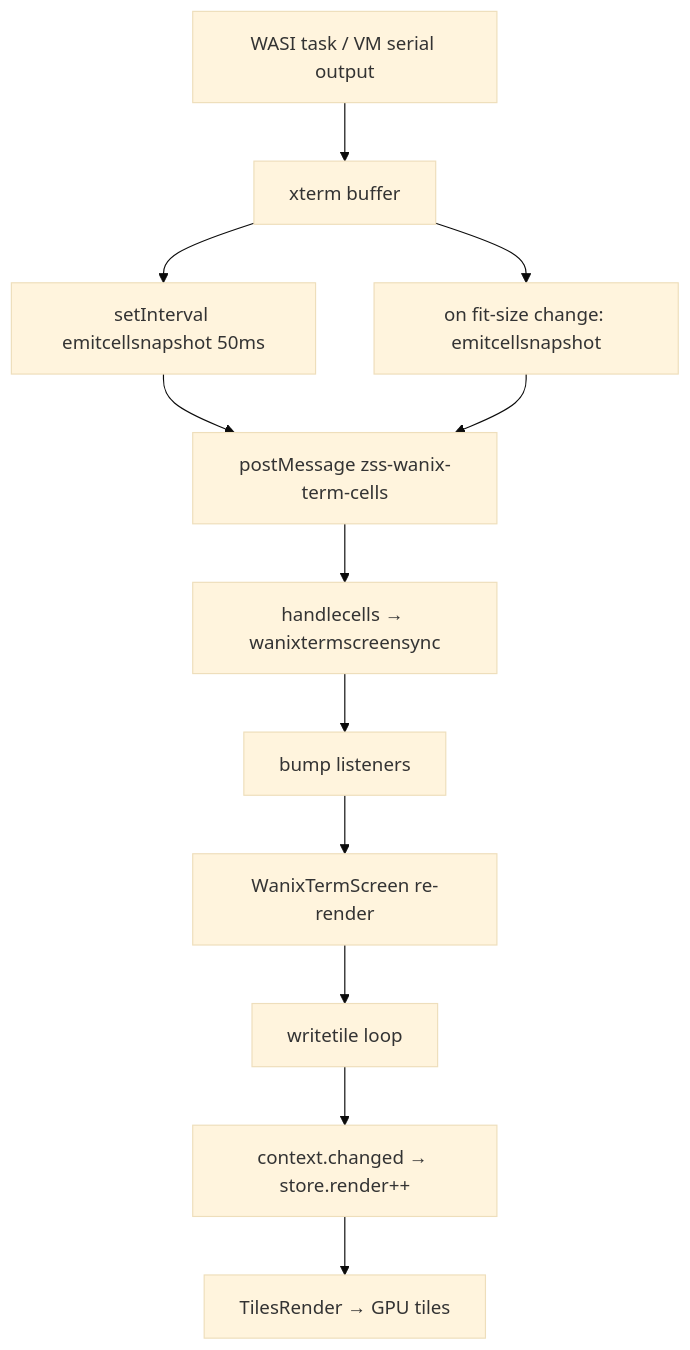
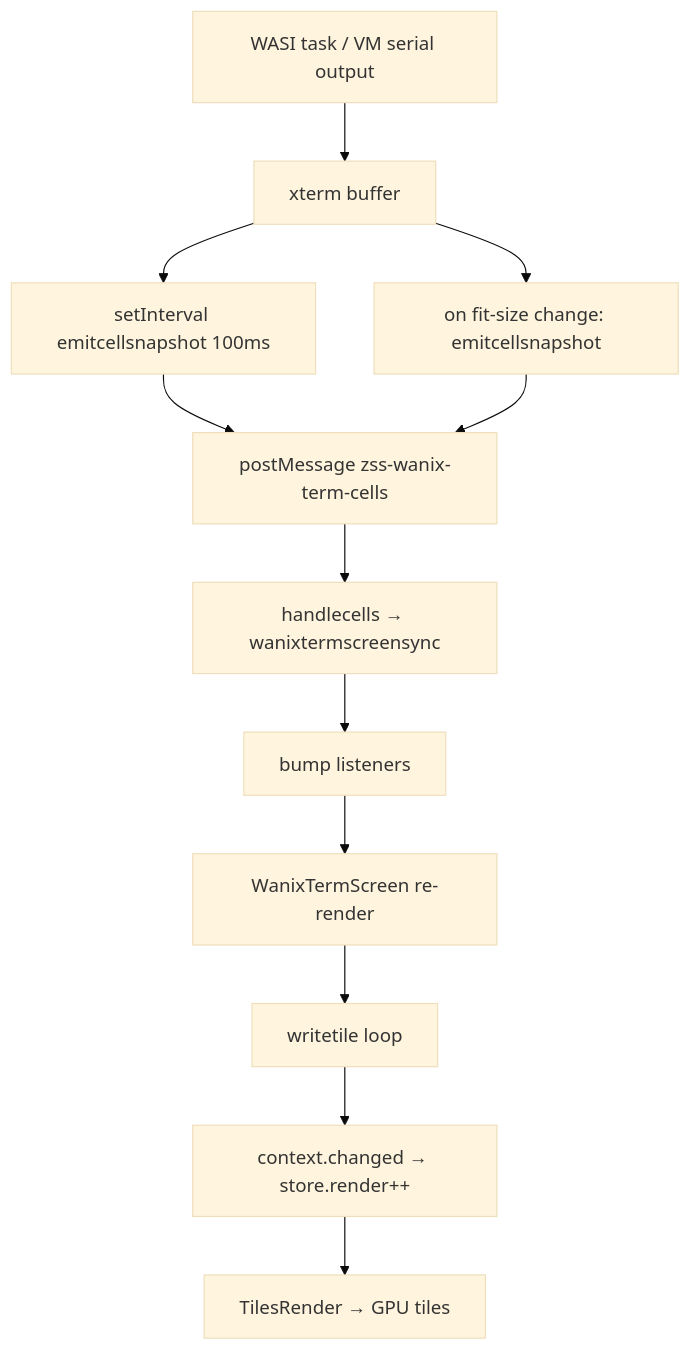
One commit to goldbuick/zed-software-system changed the second of 2 diagrams in ops/docs/wanix-term-sizing.md. Above: the diagram before and after it, drawn with Mermaid (base theme). The commit also changed other lines of this file and 15 other files, not shown here.

````diff
--- a/ops/docs/wanix-term-sizing.md
+++ b/ops/docs/wanix-term-sizing.md
@@ -40,18 +40,18 @@
 ```mermaid
 flowchart TD
   Guest["WASI task / VM serial output"]
   XT["xterm buffer"]
-  Poll["setInterval emitcellsnapshot 50ms"]
+  Poll["setInterval emitcellsnapshot 100ms"]
   FitPush["on fit-size change: emitcellsnapshot"]
   PM["postMessage zss-wanix-term-cells"]
   HC["handlecells → wanixtermscreensync"]
   Bump["bump listeners"]
   WTS["WanixTermScreen re-render"]
   WT["writetile loop"]
   CH["context.changed → store.render++"]
   TR["TilesRender → GPU tiles"]
 
   Guest --> XT --> Poll --> PM
   XT --> FitPush --> PM
   PM --> HC --> Bump --> WTS --> WT --> CH --> TR
 ```
````
